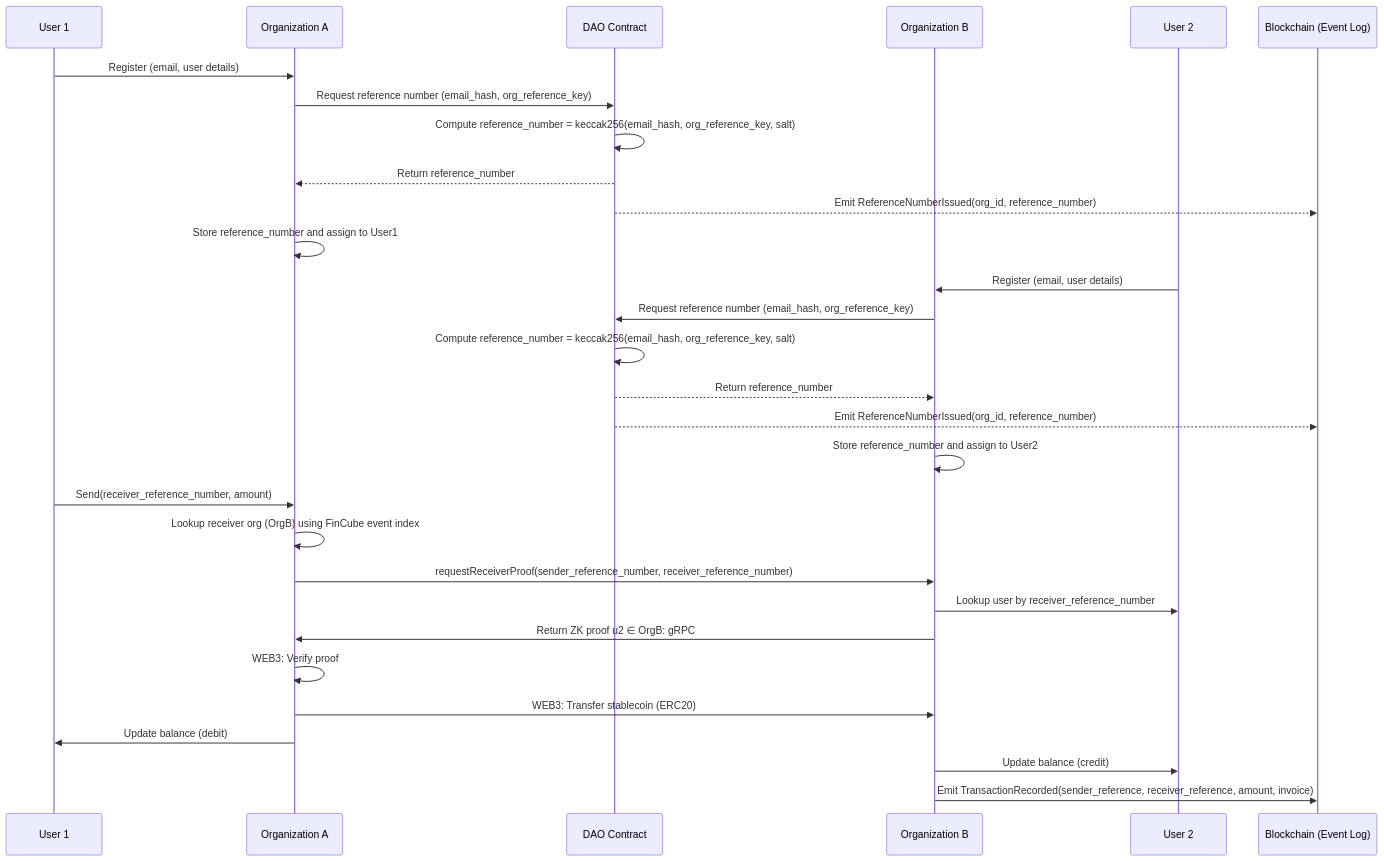
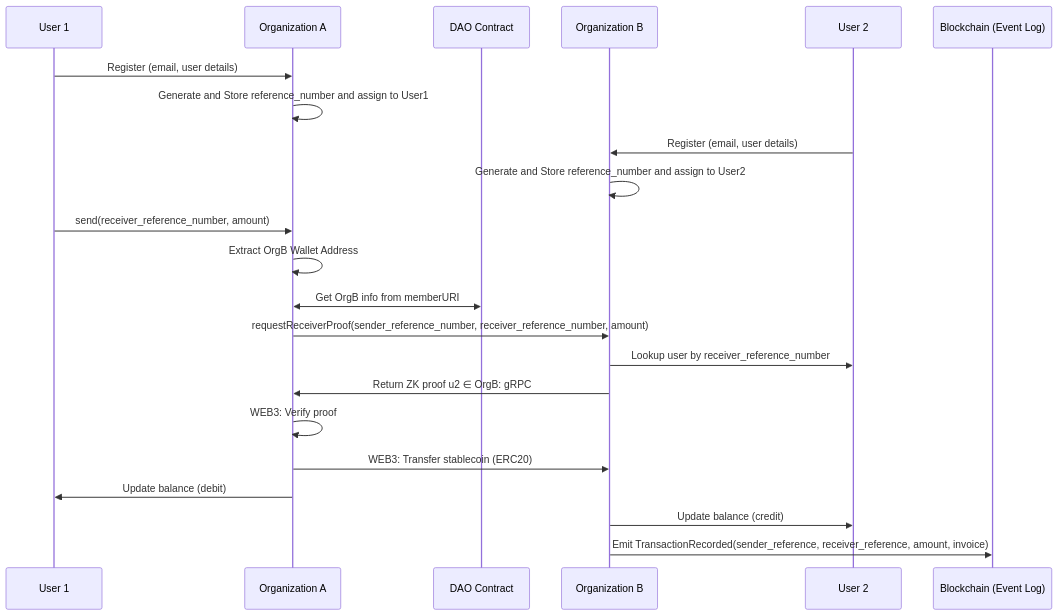
The first of 2 diagrams in SD-ZK-Integrated-Transfer.md (FinCube-23/transferPoC), drawn with Mermaid before and after one commit.

Commit message:
docs: refactor reference number generation and storage

````diff
--- a/SD-ZK-Integrated-Transfer.md
+++ b/SD-ZK-Integrated-Transfer.md
@@ -1,31 +1,24 @@
 ```mermaid
 sequenceDiagram
     participant User1 as User 1
     participant OrgA as Organization A
     participant DAO as DAO Contract
     participant OrgB as Organization B
     participant User2 as User 2
     participant Blockchain as Blockchain (Event Log)
     User1->>OrgA: Register (email, user details)
-    OrgA->>DAO: Request reference number (email_hash, org_reference_key)
-    DAO->>DAO: Compute reference_number = keccak256(email_hash, org_reference_key, salt)
-    DAO-->>OrgA: Return reference_number
-    DAO-->>Blockchain: Emit ReferenceNumberIssued(org_id, reference_number)
-    OrgA->>OrgA: Store reference_number and assign to User1
+    OrgA->>OrgA: Generate and Store reference_number and assign to User1
     User2->>OrgB: Register (email, user details)
-    OrgB->>DAO: Request reference number (email_hash, org_reference_key)
-    DAO->>DAO: Compute reference_number = keccak256(email_hash, org_reference_key, salt)
-    DAO-->>OrgB: Return reference_number
-    DAO-->>Blockchain: Emit ReferenceNumberIssued(org_id, reference_number)
-    OrgB->>OrgB: Store reference_number and assign to User2
-    User1->>OrgA: Send(receiver_reference_number, amount)
-    OrgA->>OrgA: Lookup receiver org (OrgB) using FinCube event index
-    OrgA->>OrgB: requestReceiverProof(sender_reference_number, receiver_reference_number)
+    OrgB->>OrgB: Generate and Store reference_number and assign to User2
+    User1->>OrgA: send(receiver_reference_number, amount)
+    OrgA->>OrgA: Extract OrgB Wallet Address
+    OrgA<<->>DAO: Get OrgB info from memberURI
+    OrgA->>OrgB: requestReceiverProof(sender_reference_number, receiver_reference_number, amount)
     OrgB->>User2: Lookup user by receiver_reference_number
     OrgB->>OrgA: Return ZK proof u2 ∈ OrgB: gRPC
     OrgA->>OrgA: WEB3: Verify proof
     OrgA->>OrgB: WEB3: Transfer stablecoin (ERC20)
     OrgA->>User1: Update balance (debit)
     OrgB->>User2: Update balance (credit)
     OrgB->>Blockchain: Emit TransactionRecorded(sender_reference, receiver_reference, amount, invoice)
 ```
````
